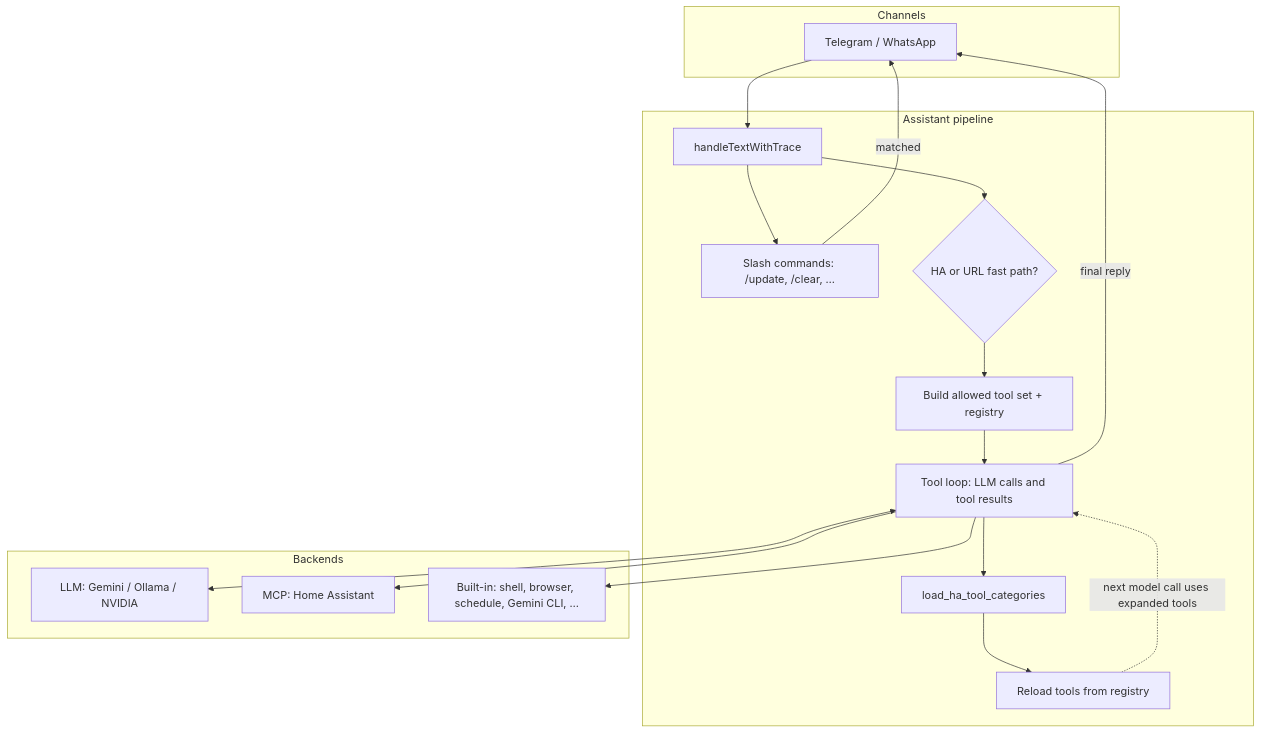
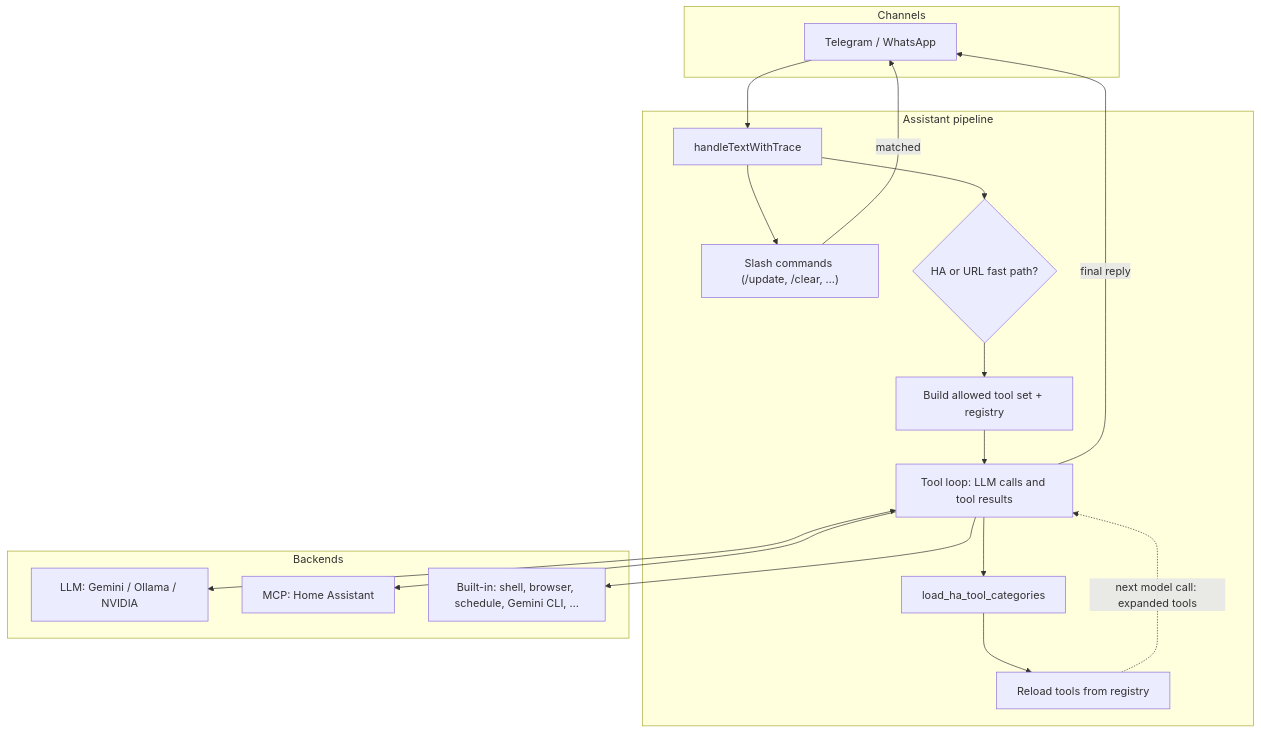
One commit to MaikUnglert/maikBot changed the diagram in README.md. Above: the diagram before and after it, drawn with Mermaid. The commit also changed other lines of this file and 1 other file, not shown here.

Commit message:
Add Mermaid source file for architecture diagram; sync README
- docs/diagrams/assistant-architecture.mmd for mermaid.live / editors
- README: link to source, quoted subgraph IDs for broader Mermaid support

````diff
--- a/README.md
+++ b/README.md
@@ -9,36 +11,36 @@
 ```mermaid
 flowchart TB
-  subgraph channels [Channels]
-    TG[Telegram / WhatsApp]
+  subgraph channels["Channels"]
+    TG["Telegram / WhatsApp"]
   end
 
-  subgraph pipeline [Assistant pipeline]
-    H[handleTextWithTrace]
-    SL[Slash commands: /update, /clear, …]
-    FP{HA or URL fast path?}
-    REG[Build allowed tool set + registry]
-    LOOP[Tool loop: LLM calls and tool results]
-    LHA[load_ha_tool_categories]
-    RLD[Reload tools from registry]
+  subgraph pipeline["Assistant pipeline"]
+    H["handleTextWithTrace"]
+    SL["Slash commands (/update, /clear, …)"]
+    FP{"HA or URL fast path?"}
+    REG["Build allowed tool set + registry"]
+    LOOP["Tool loop: LLM calls and tool results"]
+    LHA["load_ha_tool_categories"]
+    RLD["Reload tools from registry"]
   end
 
-  subgraph providers [Backends]
-    LLM[LLM: Gemini / Ollama / NVIDIA]
-    MCP[MCP: Home Assistant]
-    EXT[Built-in: shell, browser, schedule, Gemini CLI, …]
+  subgraph providers["Backends"]
+    LLM["LLM: Gemini / Ollama / NVIDIA"]
+    MCP["MCP: Home Assistant"]
+    EXT["Built-in: shell, browser, schedule, Gemini CLI, …"]
   end
 
   TG --> H
   H --> SL
   SL -->|matched| TG
   H --> FP
   FP --> REG
   REG --> LOOP
   LOOP <--> LLM
   LOOP --> MCP
   LOOP --> EXT
   LOOP --> LHA
   LHA --> RLD
-  RLD -.->|next model call uses expanded tools| LOOP
+  RLD -.->|"next model call: expanded tools"| LOOP
   LOOP -->|final reply| TG
 ```
````
